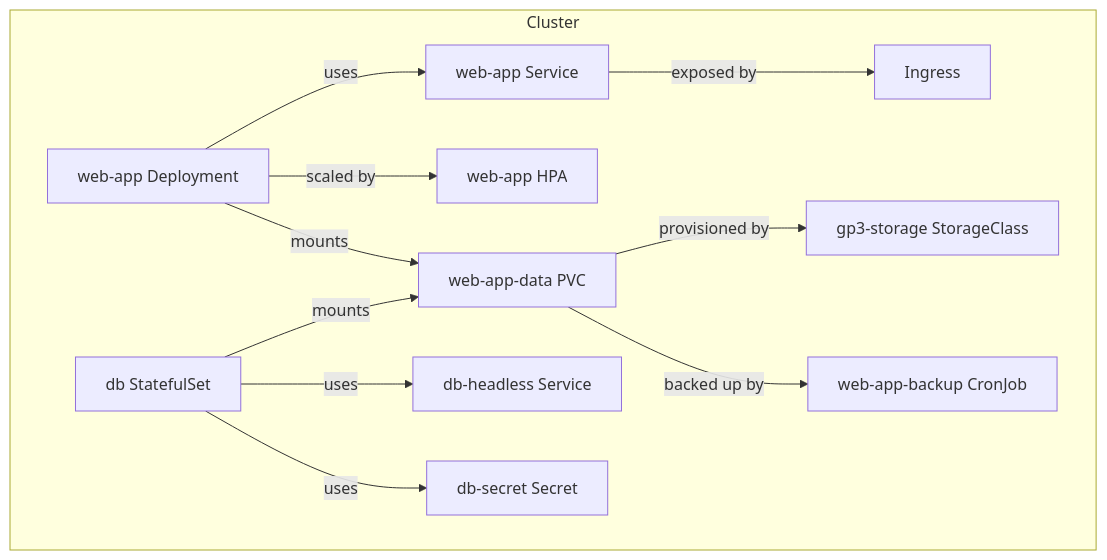
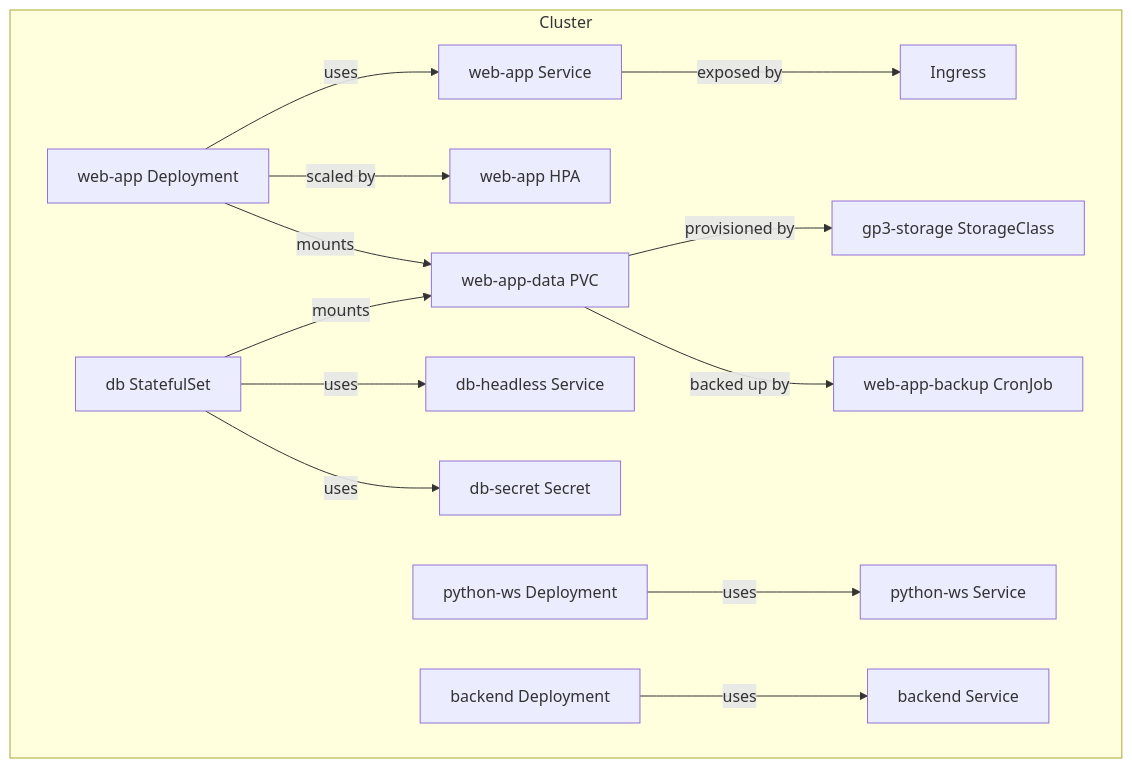
One commit to sharronesofer/visual_dm changed the diagram in k8s/README.md. Above: the diagram before and after it, drawn with Mermaid. The commit also changed other lines of this file and 103 other files, not shown here.

````diff
--- a/k8s/README.md
+++ b/k8s/README.md
@@ -8,24 +8,30 @@
 ```mermaid
 graph TD
   subgraph Cluster
     A[web-app Deployment]
     B[web-app Service]
     C[Ingress]
     D[web-app HPA]
     E[web-app-data PVC]
     F[gp3-storage StorageClass]
     G[web-app-backup CronJob]
     H[db StatefulSet]
     I[db-headless Service]
     J[db-secret Secret]
+    K[python-ws Deployment]
+    L[python-ws Service]
+    M[backend Deployment]
+    N[backend Service]
   end
   A -- uses --> B
   B -- exposed by --> C
   A -- scaled by --> D
   A -- mounts --> E
   E -- provisioned by --> F
   E -- backed up by --> G
   H -- uses --> I
   H -- mounts --> E
   H -- uses --> J
+  K -- uses --> L
+  M -- uses --> N
 ```
````
